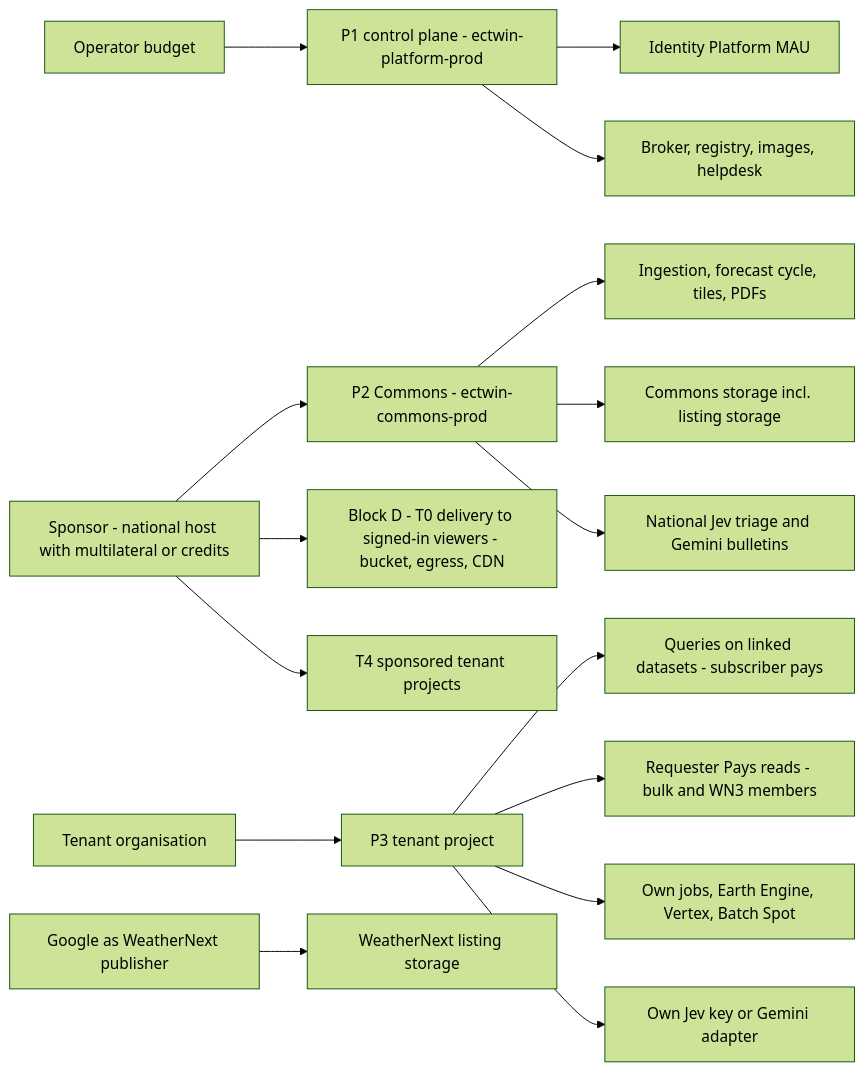
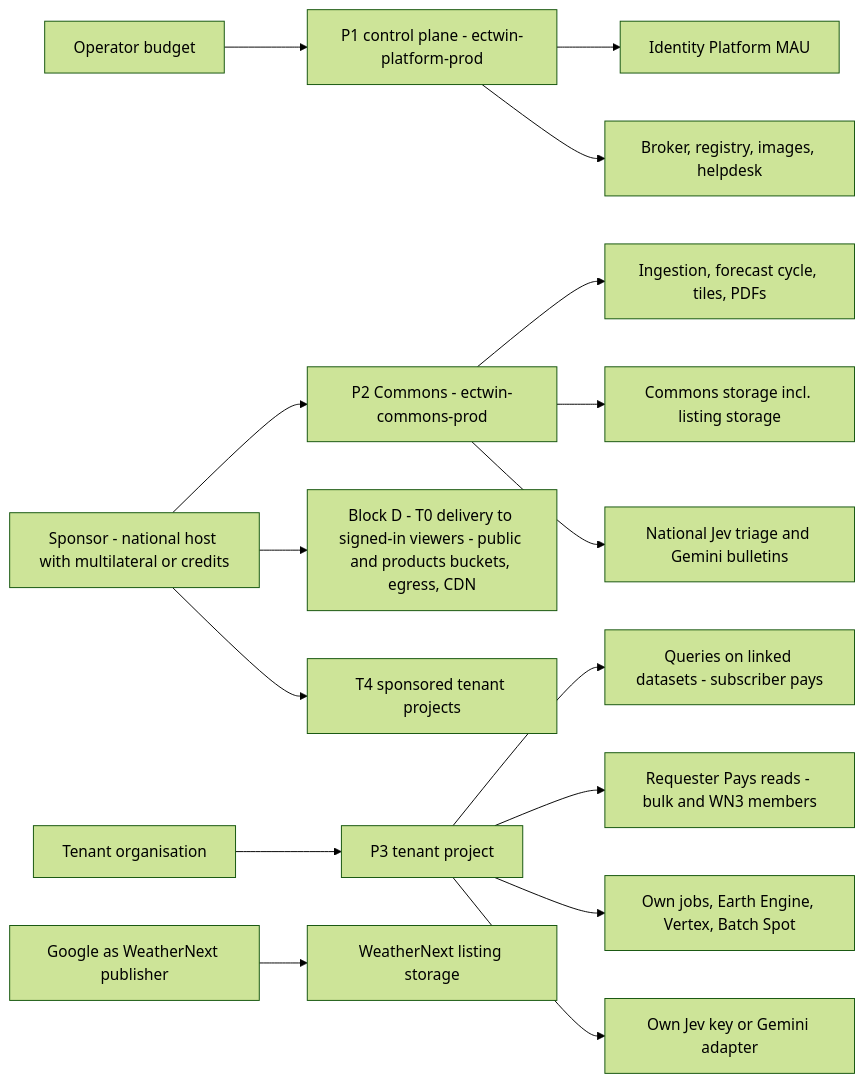
Before and after one commit to mcastroarroyo/weathernext: the first of 3 diagrams in docs/09-cost-model.md, drawn with Mermaid (forest theme). The commit also changed other lines of this file, not shown here.

````diff
--- a/docs/09-cost-model.md
+++ b/docs/09-cost-model.md
@@ -47,18 +47,18 @@
 ```mermaid
 flowchart LR
   OP["Operator budget"] --> P1["P1 control plane - ectwin-platform-prod"]
   SP["Sponsor - national host with multilateral or credits"] --> P2["P2 Commons - ectwin-commons-prod"]
-  SP --> D["Block D - T0 delivery to signed-in viewers - bucket, egress, CDN"]
+  SP --> D["Block D - T0 delivery to signed-in viewers - public and products buckets, egress, CDN"]
   SP --> T4["T4 sponsored tenant projects"]
   TN["Tenant organisation"] --> P3["P3 tenant project"]
   GG["Google as WeatherNext publisher"] --> WS["WeatherNext listing storage"]
   P1 --> A1["Identity Platform MAU"]
   P1 --> A2["Broker, registry, images, helpdesk"]
   P2 --> B1["Ingestion, forecast cycle, tiles, PDFs"]
   P2 --> B2["Commons storage incl. listing storage"]
   P2 --> B3["National Jev triage and Gemini bulletins"]
   P3 --> C1["Queries on linked datasets - subscriber pays"]
   P3 --> C2["Requester Pays reads - bulk and WN3 members"]
   P3 --> C3["Own jobs, Earth Engine, Vertex, Batch Spot"]
   P3 --> C4["Own Jev key or Gemini adapter"]
 ```
````
